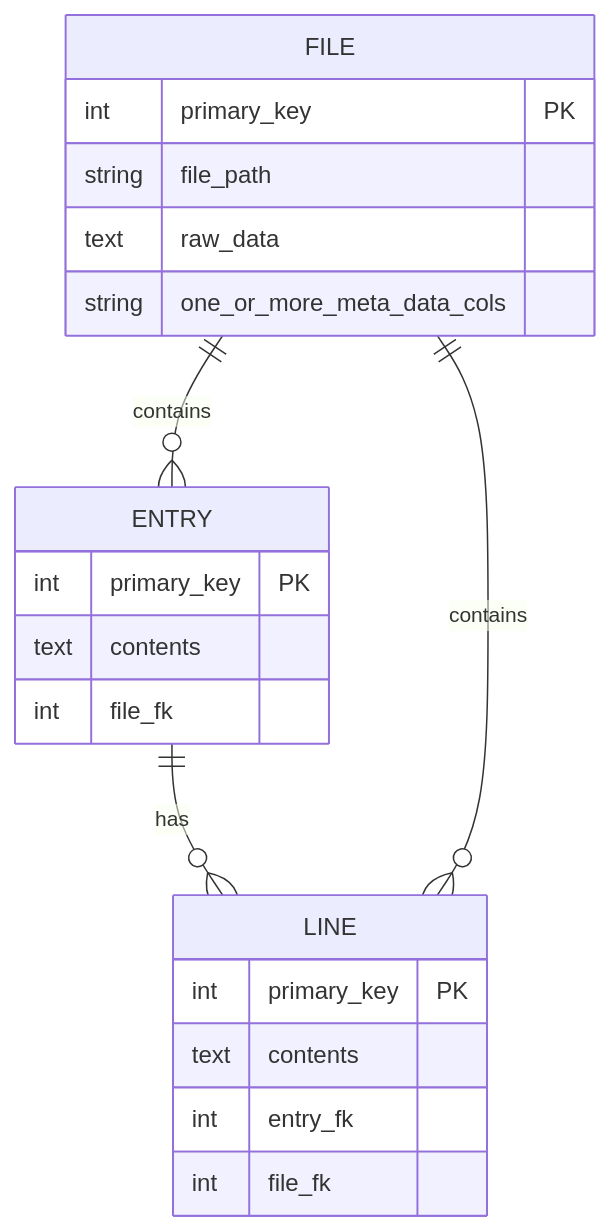
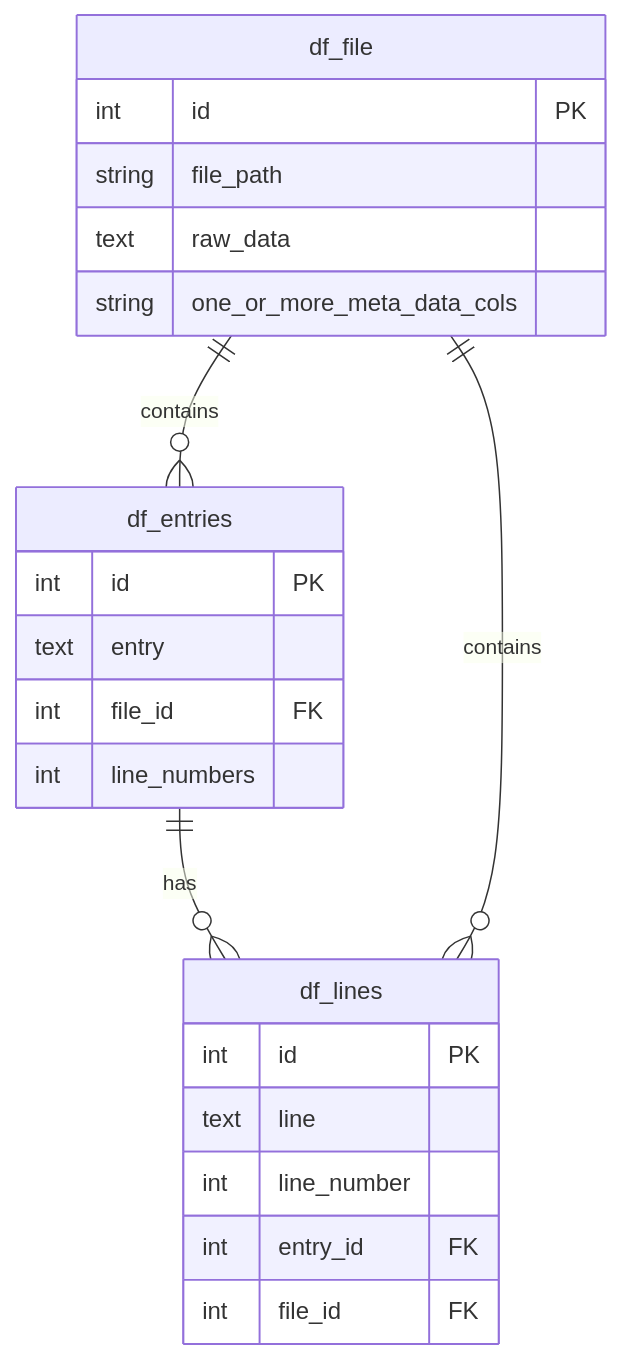
One commit to bengineerdavis/sawmill changed the diagram in docs/data-structure-notes.md. Above: the diagram before and after it, drawn with Mermaid. The commit also changed 6 other files, not shown here.

````diff
--- a/docs/data-structure-notes.md
+++ b/docs/data-structure-notes.md
@@ -35,23 +35,25 @@
 ```mermaid
 erDiagram
-    ENTRY ||--o{ LINE : has
-    ENTRY {
-        int primary_key PK
-        text contents
-        int file_fk
+    df_entries ||--o{ df_lines : has
+    df_entries {
+        int id PK
+        text entry
+        int file_id FK
+        int line_numbers
     }
-    LINE {
-        int primary_key PK
-        text contents
-        int entry_fk
-        int file_fk
+    df_lines {
+        int id PK
+        text line
+        int line_number
+        int entry_id FK
+        int file_id FK
     }
-    FILE ||--o{ ENTRY : contains
-    FILE ||--o{ LINE : contains
-    FILE {
-        int primary_key PK
+    df_file ||--o{ df_entries : contains
+    df_file ||--o{ df_lines : contains
+    df_file {
+        int id PK
         string file_path
         text raw_data
         string one_or_more_meta_data_cols
     }
 ```
````
